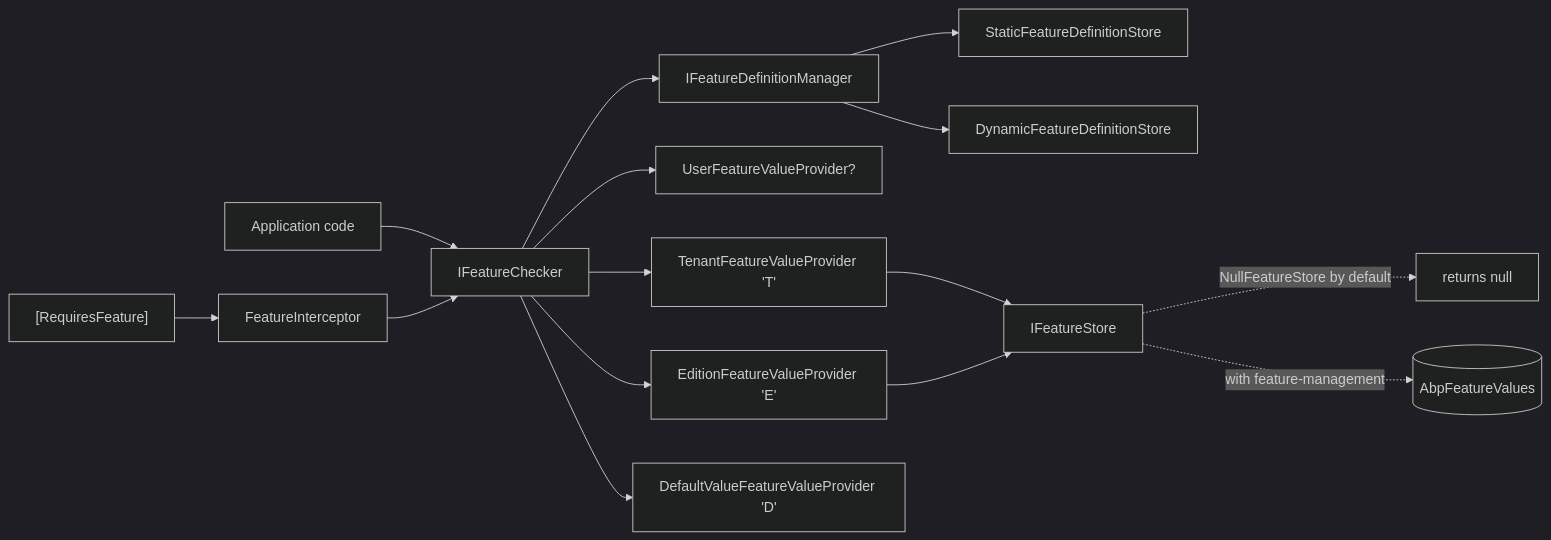
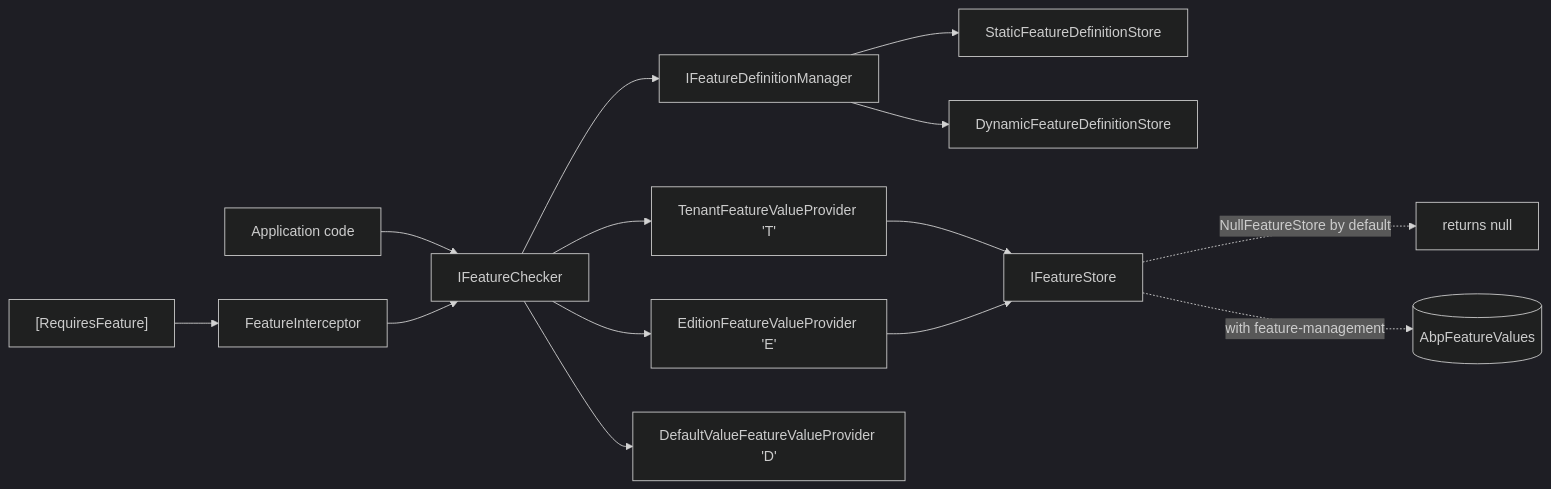
Before and after one commit to mintlify-atlas/docs-wiki-d74bb1cc: the diagram in settings-features/features-overview.mdx, drawn with Mermaid (dark theme). The commit also changed other lines of this file and 77 other files, not shown here.

Commit message:
docs: review pass — accuracy audit, source verification, and added flow pages

````diff
--- a/settings-features/features-overview.mdx
+++ b/settings-features/features-overview.mdx
@@ -41,18 +41,17 @@
 ```mermaid
 flowchart LR
   App["Application code"] --> IFC[IFeatureChecker]
   IFC --> FDM[IFeatureDefinitionManager]
   FDM --> SF[StaticFeatureDefinitionStore]
   FDM --> DF[DynamicFeatureDefinitionStore]
-  IFC --> VP1[UserFeatureValueProvider?]
   IFC --> VP2[TenantFeatureValueProvider 'T']
   IFC --> VP3[EditionFeatureValueProvider 'E']
   IFC --> VP4[DefaultValueFeatureValueProvider 'D']
   VP2 --> FS[IFeatureStore]
   VP3 --> FS
   FS -. NullFeatureStore by default .-> NS["returns null"]
   FS -. with feature-management .-> DB[(AbpFeatureValues)]
 
   Attr["[RequiresFeature]"] --> Intercept[FeatureInterceptor]
   Intercept --> IFC
 ```
````
